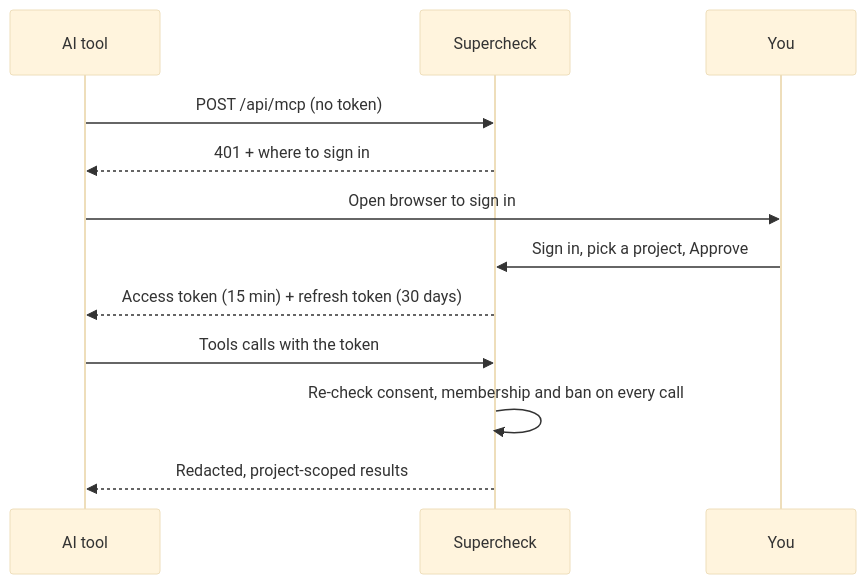
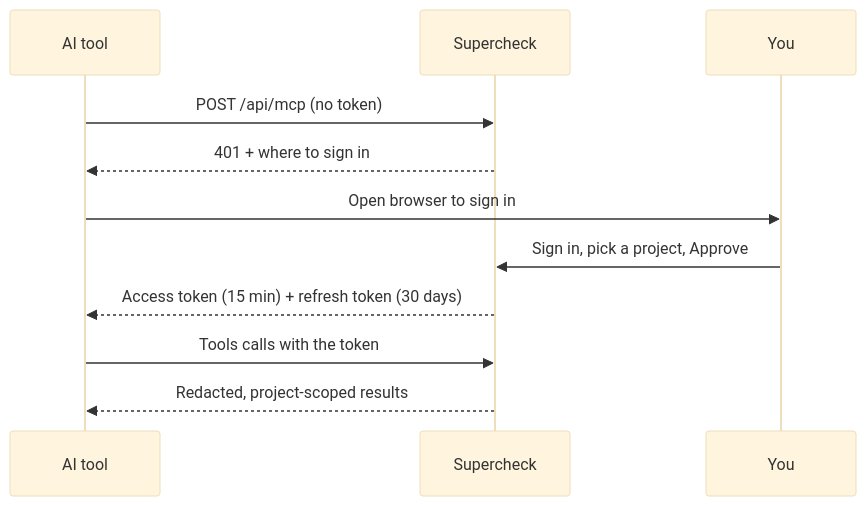
The diagram in docs/content/docs/mcp/index.mdx (supercheck-io/supercheck), drawn with Mermaid (base theme) before and after one commit. The commit also changed other lines of this file and 46 other files, not shown here.

````diff
--- a/docs/content/docs/mcp/index.mdx
+++ b/docs/content/docs/mcp/index.mdx
@@ -24,14 +24,13 @@
 ```mermaid
 sequenceDiagram
     participant A as AI tool
     participant S as Supercheck
     participant U as You
     A->>S: POST /api/mcp (no token)
     S-->>A: 401 + where to sign in
     A->>U: Open browser to sign in
     U->>S: Sign in, pick a project, Approve
     S-->>A: Access token (15 min) + refresh token (30 days)
     A->>S: Tools calls with the token
-    S->>S: Re-check consent, membership and ban on every call
     S-->>A: Redacted, project-scoped results
 ```
````
